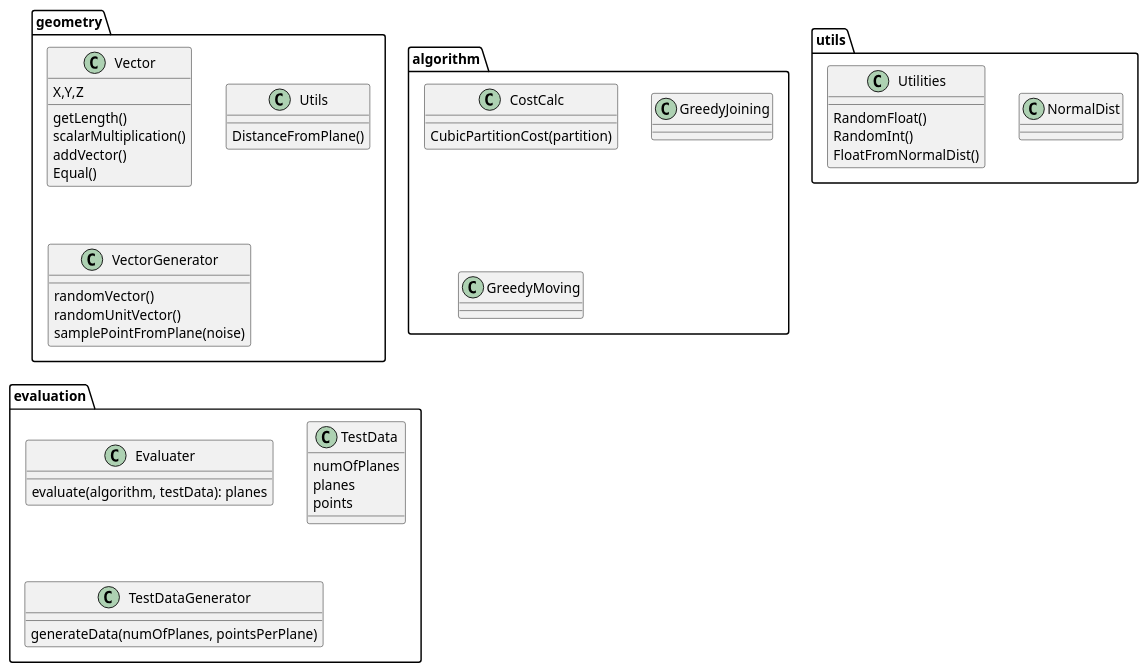
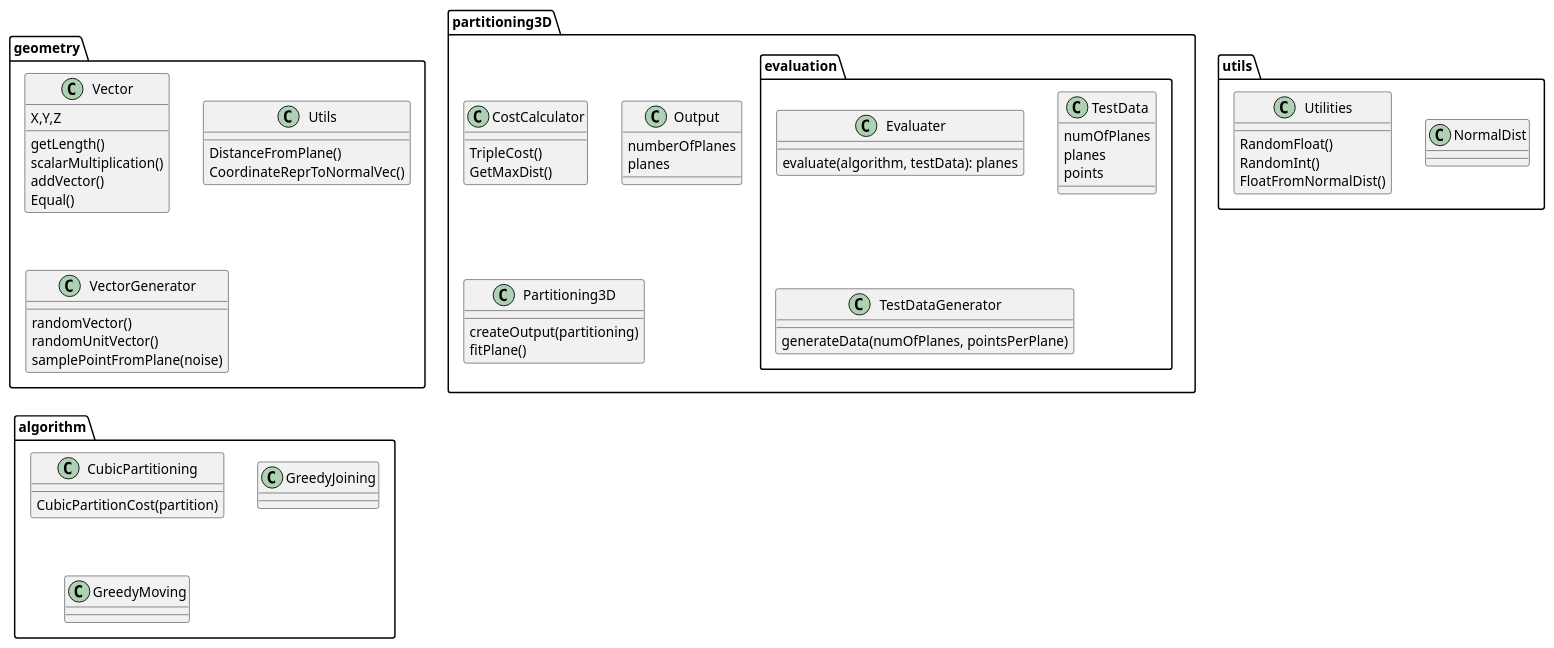
One commit to JlsBssmnn/local-search-algorithm-for-cubic-clustering changed the diagram in ProjectStructure.puml. Above: the diagram before and after it, drawn with PlantUML. The commit also changed 5 other files, not shown here.

Commit message:
move evaluation package into partitioning3D package

```diff
--- a/ProjectStructure.puml
+++ b/ProjectStructure.puml
@@ -1,62 +1,81 @@
 @startuml ScienceProject
 package geometry {
   Class Vector {
     X,Y,Z
     getLength()
     scalarMultiplication()
     addVector()
     Equal()
   }
 
   Class Utils {
     DistanceFromPlane()
+    CoordinateReprToNormalVec()
   }
 
   Class VectorGenerator {
     randomVector()
     randomUnitVector()
     samplePointFromPlane(noise)
   }
 }
 
+package partitioning3D {
+  package evaluation {
+    Class Evaluater {
+      evaluate(algorithm, testData): planes
+    }
+
+    Class TestData {
+      numOfPlanes
+      planes
+      points
+    }
+
+    Class TestDataGenerator {
+      generateData(numOfPlanes, pointsPerPlane)
+    }
+  }
+  
+  Class CostCalculator {
+    TripleCost()
+    GetMaxDist()
+  }
+
+  Class Output {
+    numberOfPlanes
+    planes
+  }
+
+  Class Partitioning3D {
+    createOutput(partitioning)
+    fitPlane()
+  }
+}
+
 package algorithm {
-  Class CostCalc {
+  Class CubicPartitioning {
     CubicPartitionCost(partition)
   }
-
   Class GreedyJoining {
 
   }
 
   Class GreedyMoving {
 
   }
 }
 
-package evaluation {
-  Class Evaluater {
-    evaluate(algorithm, testData): planes
-  }
 
-  Class TestData {
-    numOfPlanes
-    planes
-    points
-  }
-
-  Class TestDataGenerator {
-    generateData(numOfPlanes, pointsPerPlane)
-  }
-}
 
 package utils {
   Class NormalDist {
   }
 
   Class Utilities {
     RandomFloat()
     RandomInt()
     FloatFromNormalDist()
   }
 }
 @enduml
```
